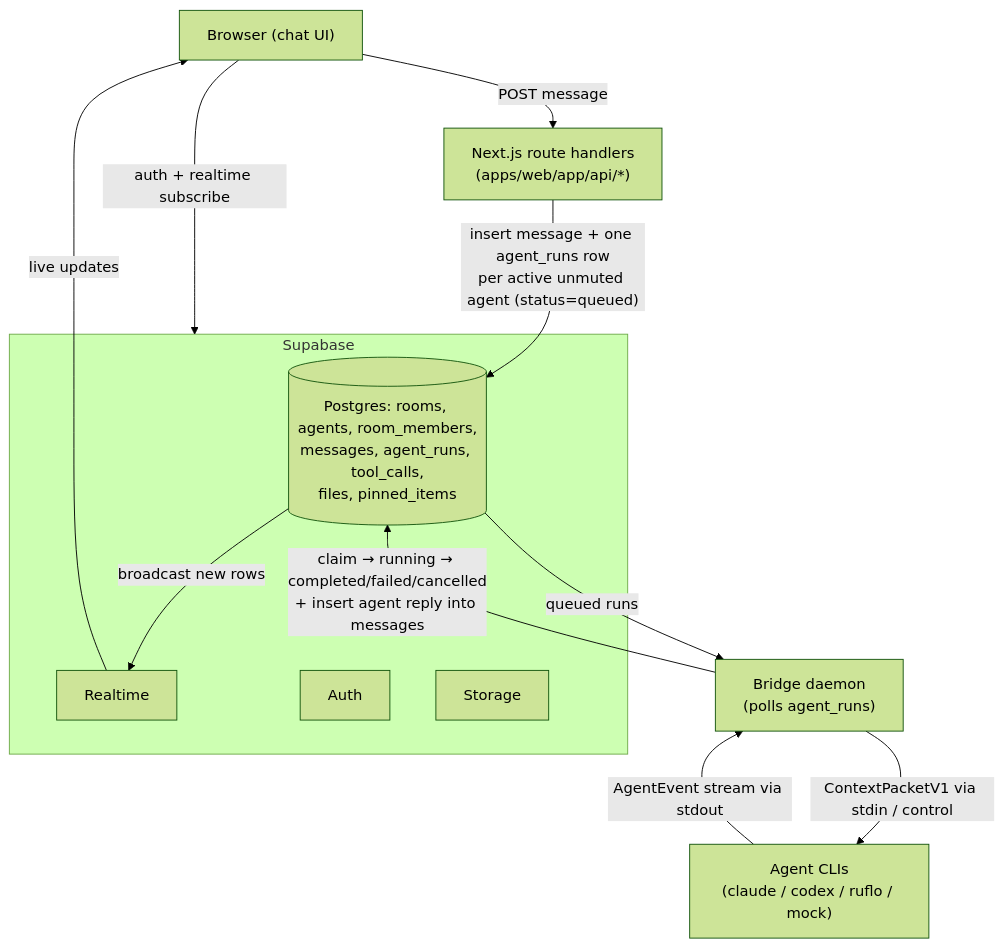
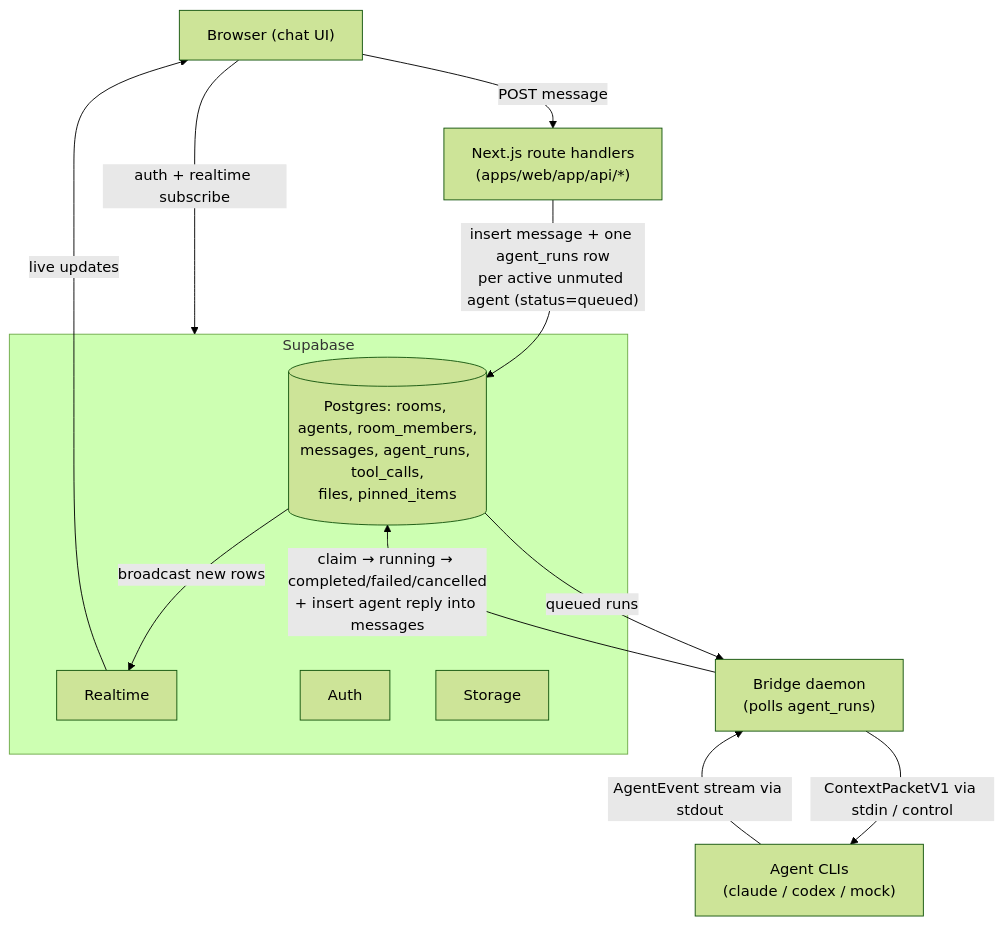
One commit to neric-joel/Whatsapp-Agents changed the diagram in docs/ARCHITECTURE.md. Above: the diagram before and after it, drawn with Mermaid (forest theme). The commit also changed other lines of this file and 18 other files, not shown here.

````diff
--- a/docs/ARCHITECTURE.md
+++ b/docs/ARCHITECTURE.md
@@ -24,23 +24,23 @@
 ```mermaid
 flowchart TD
   Browser["Browser (chat UI)"]
   subgraph Supabase
     PG[("Postgres: rooms, agents, room_members,\nmessages, agent_runs, tool_calls,\nfiles, pinned_items")]
     RT["Realtime"]
     AU["Auth"]
     ST["Storage"]
   end
   RH["Next.js route handlers\n(apps/web/app/api/*)"]
   Bridge["Bridge daemon\n(polls agent_runs)"]
-  CLIs["Agent CLIs\n(claude / codex / ruflo / mock)"]
+  CLIs["Agent CLIs\n(claude / codex / mock)"]
 
   Browser -- "auth + realtime subscribe" --> Supabase
   Browser -- "POST message" --> RH
   RH -- "insert message + one agent_runs row\nper active unmuted agent (status=queued)" --> PG
   PG -- "queued runs" --> Bridge
   Bridge -- "claim → running → completed/failed/cancelled\n+ insert agent reply into messages" --> PG
   Bridge -- "ContextPacketV1 via stdin / control" --> CLIs
   CLIs -- "AgentEvent stream via stdout" --> Bridge
   PG -- "broadcast new rows" --> RT
   RT -- "live updates" --> Browser
 ```
````
